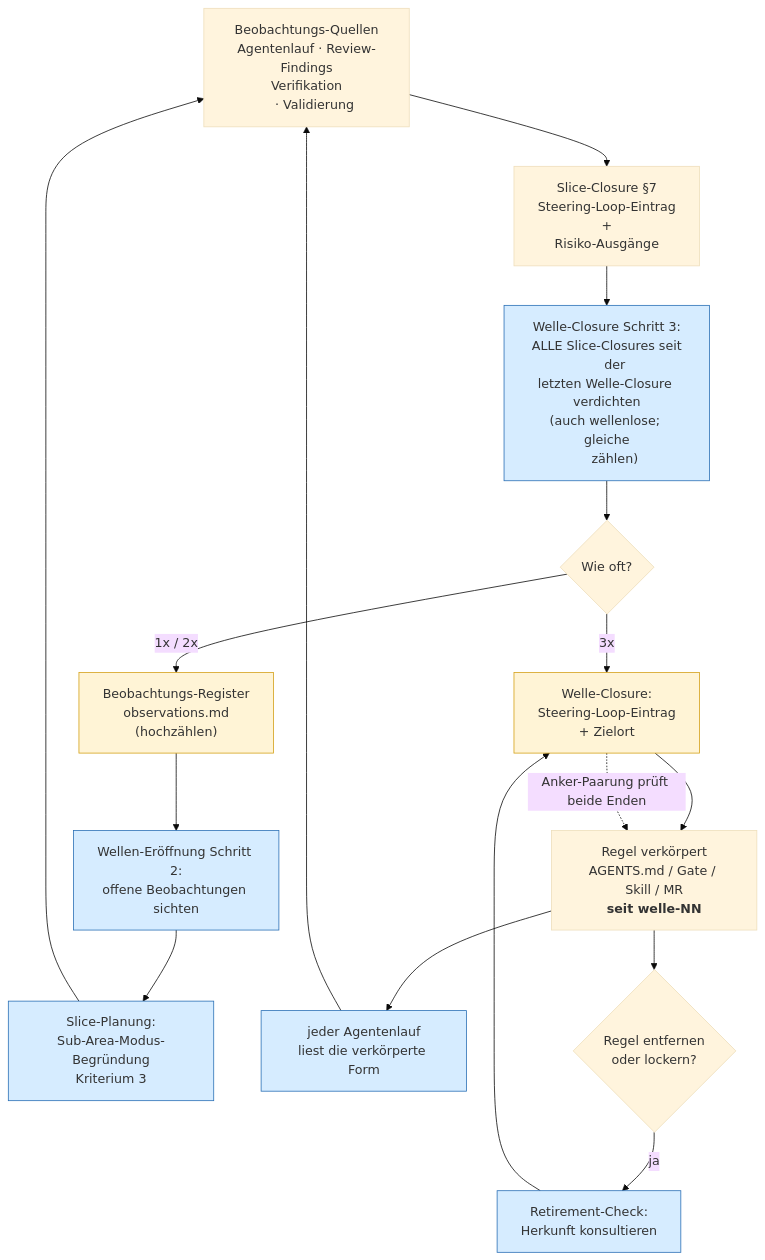
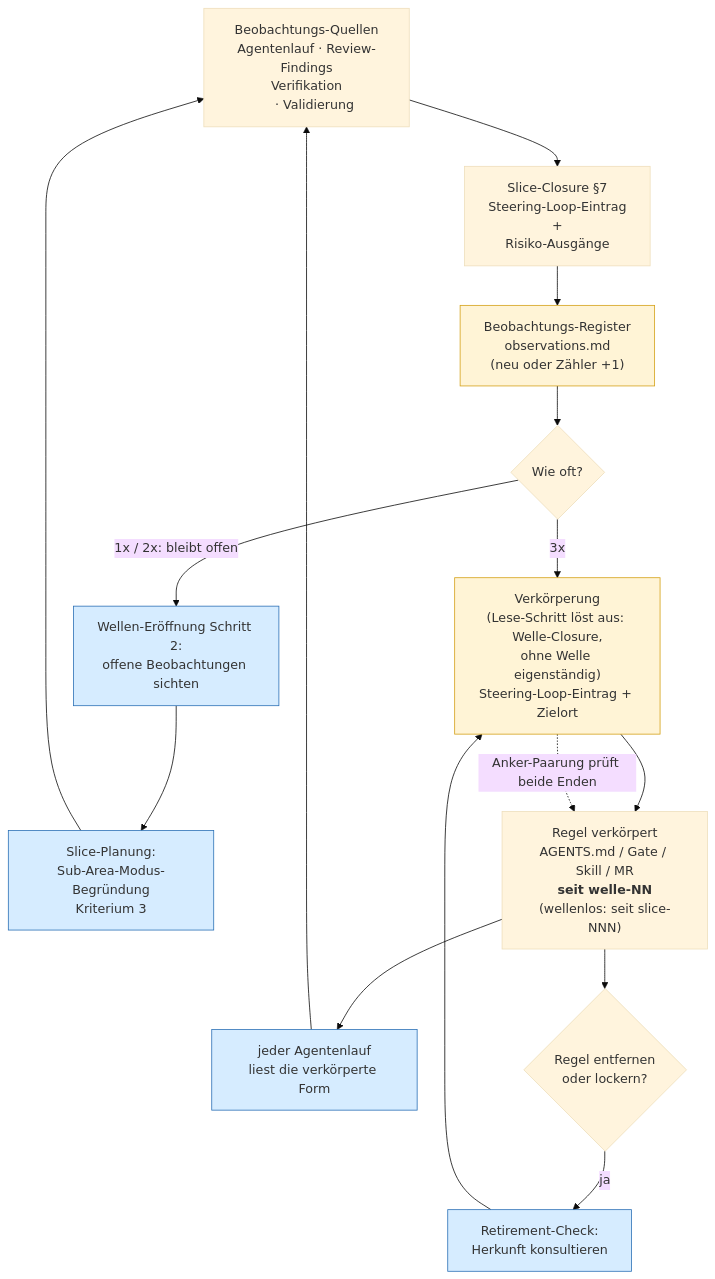
The fourth of 4 diagrams in kurs/de/grundlagen/konventionen.md (pt9912/ai-harness-course), drawn with Mermaid (base theme) before and after one commit. The commit also changed other lines of this file and 27 other files, not shown here.

````diff
--- a/kurs/de/grundlagen/konventionen.md
+++ b/kurs/de/grundlagen/konventionen.md
@@ -863,32 +879,28 @@
 ```mermaid
 flowchart TB
     A["Beobachtungs-Quellen<br/>Agentenlauf · Review-Findings<br/>Verifikation
     · Validierung"] --> B["Slice-Closure §7<br/>Steering-Loop-Eintrag<br/>+
     Risiko-Ausgänge"]
-    B --> V["Welle-Closure Schritt 3:<br/>ALLE Slice-Closures seit
-    der<br/>letzten Welle-Closure verdichten<br/>(auch wellenlose; gleiche
-    zählen)"]
+    B --> V["Beobachtungs-Register<br/>observations.md<br/>(neu oder Zähler +1)"]
     V --> C{"Wie oft?"}
-    C -- "1x / 2x" --> D["Beobachtungs-Register<br/>observations.md<br/>(hochzählen)"]
-    C -- "3x" --> E["Welle-Closure:<br/>Steering-Loop-Eintrag<br/>+ Zielort"]
+    C -- "3x" --> E["Verkörperung<br/>(Lese-Schritt löst aus: Welle-Closure,<br/>ohne Welle eigenständig)<br/>Steering-Loop-Eintrag + Zielort"]
 
-    D --> F["Wellen-Eröffnung Schritt 2:<br/>offene Beobachtungen sichten"]
+    C -- "1x / 2x: bleibt offen" --> F["Wellen-Eröffnung Schritt 2:<br/>offene Beobachtungen sichten"]
     F --> G["Slice-Planung:<br/>Sub-Area-Modus-Begründung<br/>Kriterium 3"]
     G --> A
 
-    E --> H["Regel verkörpert<br/>AGENTS.md / Gate / Skill / MR<br/><b>seit welle-NN</b>"]
+    E --> H["Regel verkörpert<br/>AGENTS.md / Gate / Skill / MR<br/><b>seit welle-NN</b><br/>(wellenlos: seit slice-NNN)"]
     H --> I["jeder Agentenlauf<br/>liest die verkörperte Form"]
     I --> A
     E -. "Anker-Paarung prüft beide Enden" .-> H
     H --> J{"Regel entfernen<br/>oder lockern?"}
     J -- "ja" --> K["Retirement-Check:<br/>Herkunft konsultieren"]
     K --> E
 
-    style V fill:#d6ecff,stroke:#2a6fb5
-    style D fill:#fff4d6,stroke:#d4a017
+    style V fill:#fff4d6,stroke:#d4a017
     style E fill:#fff4d6,stroke:#d4a017
     style F fill:#d6ecff,stroke:#2a6fb5
     style G fill:#d6ecff,stroke:#2a6fb5
     style I fill:#d6ecff,stroke:#2a6fb5
     style K fill:#d6ecff,stroke:#2a6fb5
 ```
````
